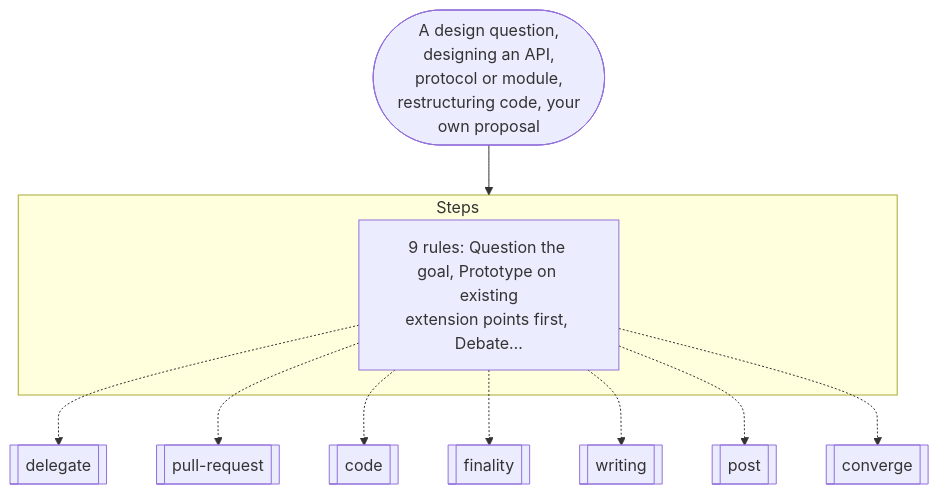
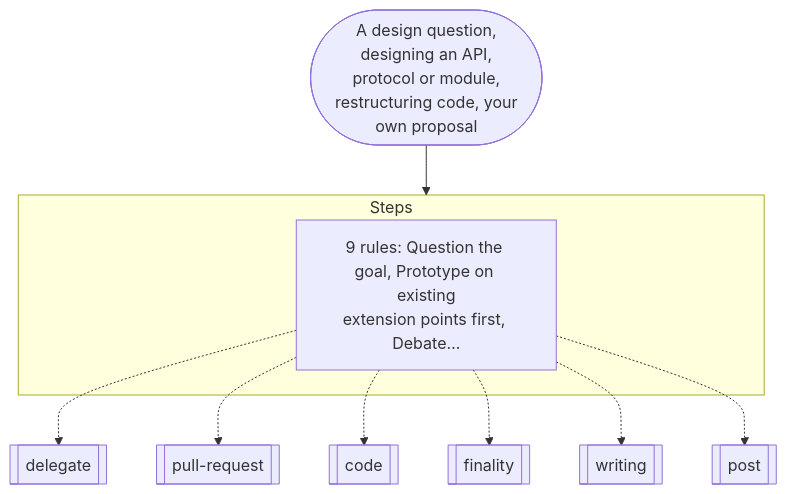
Before and after one commit to nitedani/mergeworthy: the fourth of 19 diagrams in docs/graphs.md, drawn with Mermaid. The commit also changed other lines of this file and 2 other files, not shown here.

````diff
--- a/docs/graphs.md
+++ b/docs/graphs.md
@@ -116,15 +116,14 @@
 ```mermaid
 flowchart TB
   start(["A design question,<br/>designing an API,<br/>protocol or module,<br/>restructuring code, your<br/>own proposal"])
   subgraph g0["Steps"]
     s0["9 rules: Question the goal, Prototype on existing<br/>extension points first, Debate…"]
   end
   s0 -.-> r1[["delegate"]]
   s0 -.-> r2[["pull-request"]]
   s0 -.-> r3[["code"]]
   s0 -.-> r4[["finality"]]
   s0 -.-> r5[["writing"]]
   s0 -.-> r6[["post"]]
-  s0 -.-> r7[["converge"]]
   start --> g0
 ```
````
